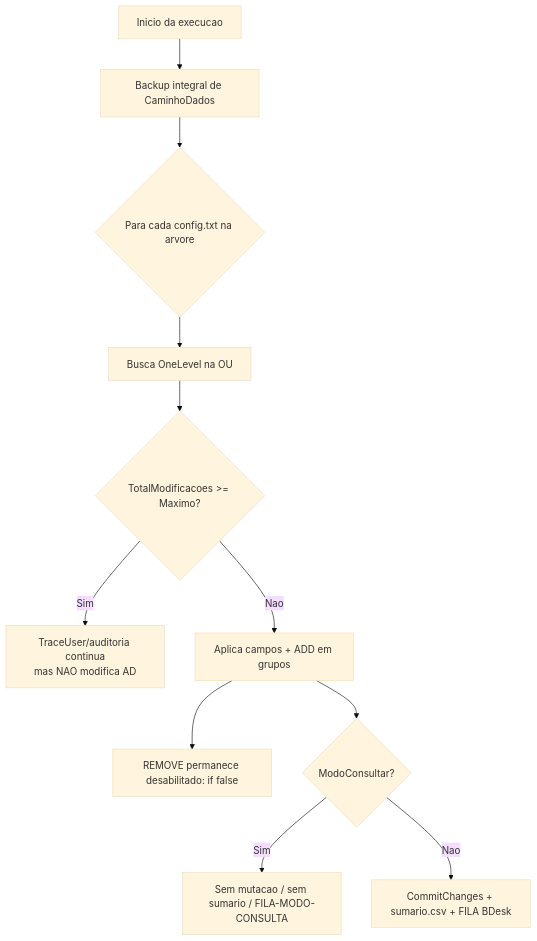
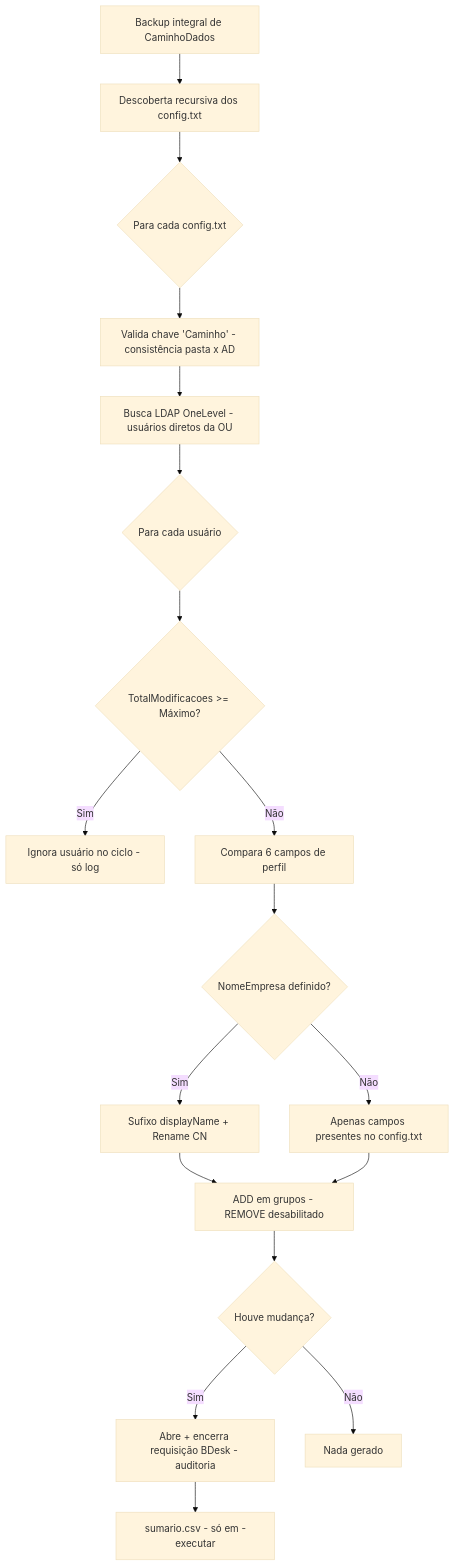
One commit to bdeskapp/sincronizadores-gab changed the diagram in docs/negocio/sincronizador-grupos.md. Above: the diagram before and after it, drawn with Mermaid (base theme). The commit also changed other lines of this file and 11 other files, not shown here.

````diff
--- a/docs/negocio/sincronizador-grupos.md
+++ b/docs/negocio/sincronizador-grupos.md
@@ -227,13 +250,20 @@
 ```mermaid
 flowchart TD
-    A[Inicio da execucao] --> B[Backup integral de CaminhoDados]
-    B --> C{Para cada config.txt na arvore}
-    C --> D[Busca OneLevel na OU]
-    D --> E{TotalModificacoes >= Maximo?}
-    E -- Sim --> F[TraceUser/auditoria continua<br/>mas NAO modifica AD]
-    E -- Nao --> G[Aplica campos + ADD em grupos]
-    G --> H[REMOVE permanece desabilitado: if false]
-    G --> I{ModoConsultar?}
-    I -- Sim --> J[Sem mutacao / sem sumario / FILA-MODO-CONSULTA]
-    I -- Nao --> K[CommitChanges + sumario.csv + FILA BDesk]
+    A[Backup integral de CaminhoDados] --> B[Descoberta recursiva dos config.txt]
+    B --> C{Para cada config.txt}
+    C --> D[Valida chave 'Caminho' - consistência pasta x AD]
+    D --> E[Busca LDAP OneLevel - usuários diretos da OU]
+    E --> F{Para cada usuário}
+    F --> G{TotalModificacoes >= Máximo?}
+    G -- Sim --> H[Ignora usuário no ciclo - só log]
+    G -- Não --> I[Compara 6 campos de perfil]
+    I --> J{NomeEmpresa definido?}
+    J -- Sim --> K[Sufixo displayName + Rename CN]
+    J -- Não --> L[Apenas campos presentes no config.txt]
+    K --> M[ADD em grupos - REMOVE desabilitado]
+    L --> M
+    M --> N{Houve mudança?}
+    N -- Sim --> O[Abre + encerra requisição BDesk - auditoria]
+    N -- Não --> P[Nada gerado]
+    O --> Q[sumario.csv - só em -executar]
 ```
````
